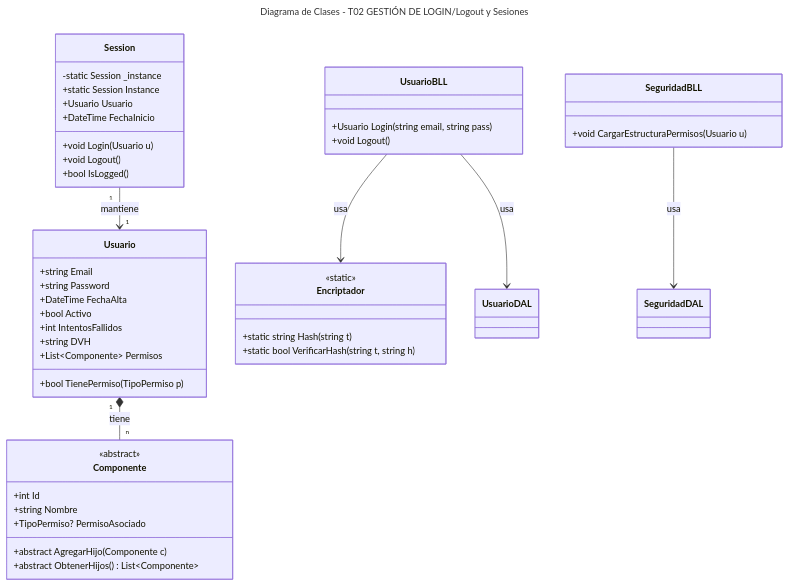
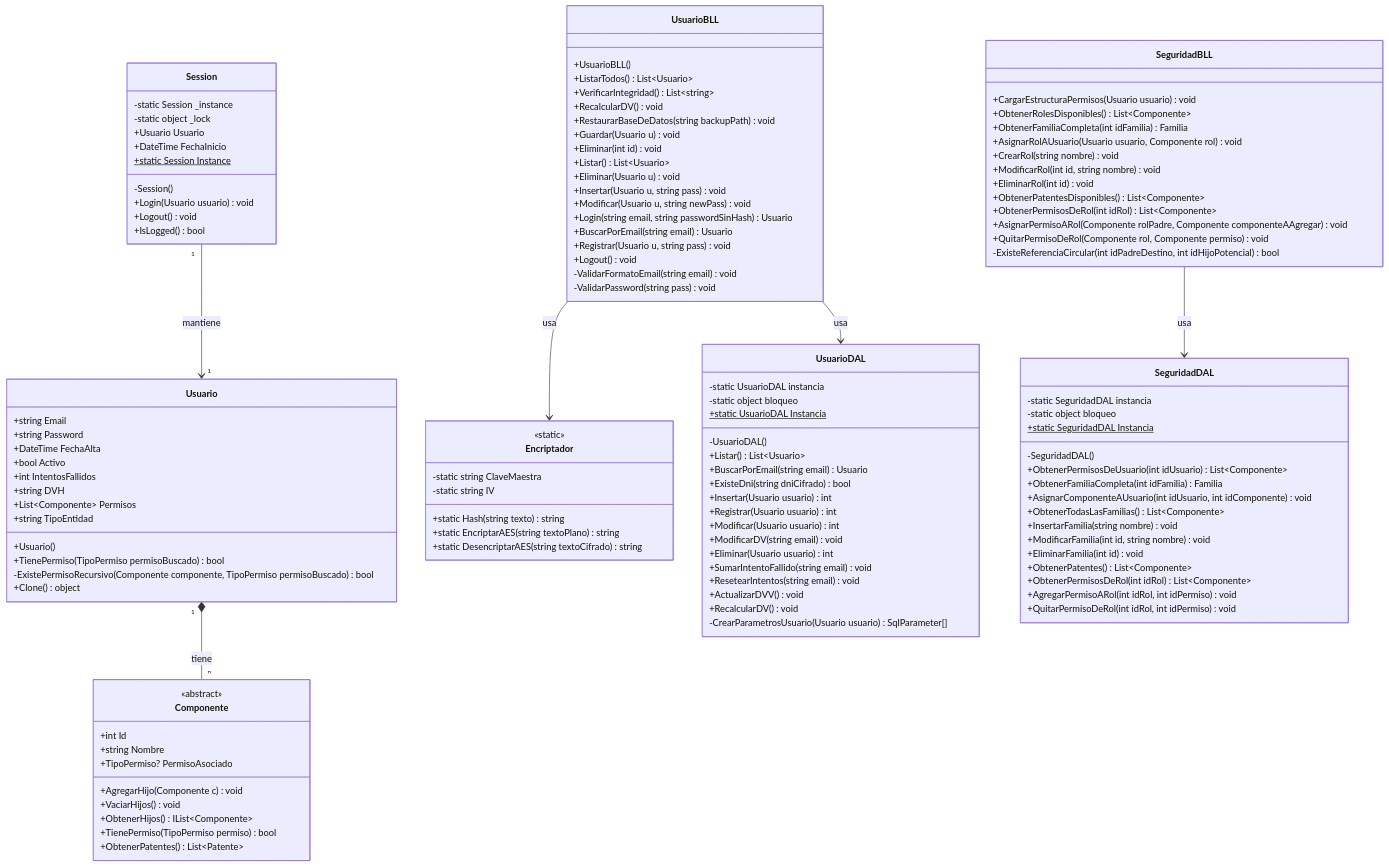
Before and after one commit to condenl/Trabajo-Practico-Final: the sixth of 19 diagrams in Documentacion/Carpeta_Documentacion.md, drawn with Mermaid. The commit also changed other lines of this file and 3 other files, not shown here.

Commit message:
Cambios: + Diagramas de clase - indicar todos los metodos + DS incluir firmas + Agregar alta de idioma DS + Agregar idioma y cerrar sesion, reflejar cambios + Mantener el idioma seleccionado

````diff
--- a/Documentacion/Carpeta_Documentacion.md
+++ b/Documentacion/Carpeta_Documentacion.md
@@ -1468,18 +1541,15 @@
 ```mermaid
----
-title: Diagrama de Clases - T02 GESTIÓN DE LOGIN/Logout y Sesiones
-config:
-    theme: default
----
 classDiagram
     class Session {
         -static Session _instance
-        +static Session Instance
+        -static object _lock
         +Usuario Usuario
         +DateTime FechaInicio
-        +void Login(Usuario u)
-        +void Logout()
-        +bool IsLogged()
+        -Session()
+        +static Session Instance$
+        +Login(Usuario usuario) void
+        +Logout() void
+        +IsLogged() bool
     }
 
     class Usuario {
@@ -1490,7 +1560,11 @@
         +int IntentosFallidos
         +string DVH
         +List~Componente~ Permisos
-        +bool TienePermiso(TipoPermiso p)
+        +string TipoEntidad
+        +Usuario()
+        +TienePermiso(TipoPermiso permisoBuscado) bool
+        -ExistePermisoRecursivo(Componente componente, TipoPermiso permisoBuscado) bool
+        +Clone() object
     }
 
     class Componente {
@@ -1498,23 +1572,93 @@
         +int Id
         +string Nombre
         +TipoPermiso? PermisoAsociado
-        +abstract AgregarHijo(Componente c)
-        +abstract ObtenerHijos() List~Componente~
+        +AgregarHijo(Componente c) void
+        +VaciarHijos() void
+        +ObtenerHijos() IList~Componente~
+        +TienePermiso(TipoPermiso permiso) bool
+        +ObtenerPatentes() List~Patente~
     }
 
     class UsuarioBLL {
-        +Usuario Login(string email, string pass)
-        +void Logout()
+        +UsuarioBLL()
+        +ListarTodos() List~Usuario~
+        +VerificarIntegridad() List~string~
+        +RecalcularDV() void
+        +RestaurarBaseDeDatos(string backupPath) void
+        +Guardar(Usuario u) void
+        +Eliminar(int id) void
+        +Listar() List~Usuario~
+        +Eliminar(Usuario u) void
+        +Insertar(Usuario u, string pass) void
+        +Modificar(Usuario u, string newPass) void
+        +Login(string email, string passwordSinHash) Usuario
+        +BuscarPorEmail(string email) Usuario
+        +Registrar(Usuario u, string pass) void
+        +Logout() void
+        -ValidarFormatoEmail(string email) void
+        -ValidarPassword(string pass) void
     }
 
     class SeguridadBLL {
-        +void CargarEstructuraPermisos(Usuario u)
+        +CargarEstructuraPermisos(Usuario usuario) void
+        +ObtenerRolesDisponibles() List~Componente~
+        +ObtenerFamiliaCompleta(int idFamilia) Familia
+        +AsignarRolAUsuario(Usuario usuario, Componente rol) void
+        +CrearRol(string nombre) void
+        +ModificarRol(int id, string nombre) void
+        +EliminarRol(int id) void
+        +ObtenerPatentesDisponibles() List~Componente~
+        +ObtenerPermisosDeRol(int idRol) List~Componente~
+        +AsignarPermisoARol(Componente rolPadre, Componente componenteAAgregar) void
+        +QuitarPermisoDeRol(Componente rol, Componente permiso) void
+        -ExisteReferenciaCircular(int idPadreDestino, int idHijoPotencial) bool
     }
 
     class Encriptador {
         <<static>>
-        +static string Hash(string t)
-        +static bool VerificarHash(string t, string h)
+        -static string ClaveMaestra
+        -static string IV
+        +static Hash(string texto) string
+        +static EncriptarAES(string textoPlano) string
+        +static DesencriptarAES(string textoCifrado) string
+    }
+
+    class UsuarioDAL {
+        -static UsuarioDAL instancia
+        -static object bloqueo
+        -UsuarioDAL()
+        +static UsuarioDAL Instancia$
+        +Listar() List~Usuario~
+        +BuscarPorEmail(string email) Usuario
+        +ExisteDni(string dniCifrado) bool
+        +Insertar(Usuario usuario) int
+        +Registrar(Usuario usuario) int
+        +Modificar(Usuario usuario) int
+        +ModificarDV(string email) void
+        +Eliminar(Usuario usuario) int
+        +SumarIntentoFallido(string email) void
+        +ResetearIntentos(string email) void
+        +ActualizarDVV() void
+        +RecalcularDV() void
+        -CrearParametrosUsuario(Usuario usuario) SqlParameter[]
+    }
+
+    class SeguridadDAL {
+        -static SeguridadDAL instancia
+        -static object bloqueo
+        -SeguridadDAL()
+        +static SeguridadDAL Instancia$
+        +ObtenerPermisosDeUsuario(int idUsuario) List~Componente~
+        +ObtenerFamiliaCompleta(int idFamilia) Familia
+        +AsignarComponenteAUsuario(int idUsuario, int idComponente) void
+        +ObtenerTodasLasFamilias() List~Componente~
+        +InsertarFamilia(string nombre) void
+        +ModificarFamilia(int id, string nombre) void
+        +EliminarFamilia(int id) void
+        +ObtenerPatentes() List~Componente~
+        +ObtenerPermisosDeRol(int idRol) List~Componente~
+        +AgregarPermisoARol(int idRol, int idPermiso) void
+        +QuitarPermisoDeRol(int idRol, int idPermiso) void
     }
 
     Session "1" --> "1" Usuario : mantiene
````
